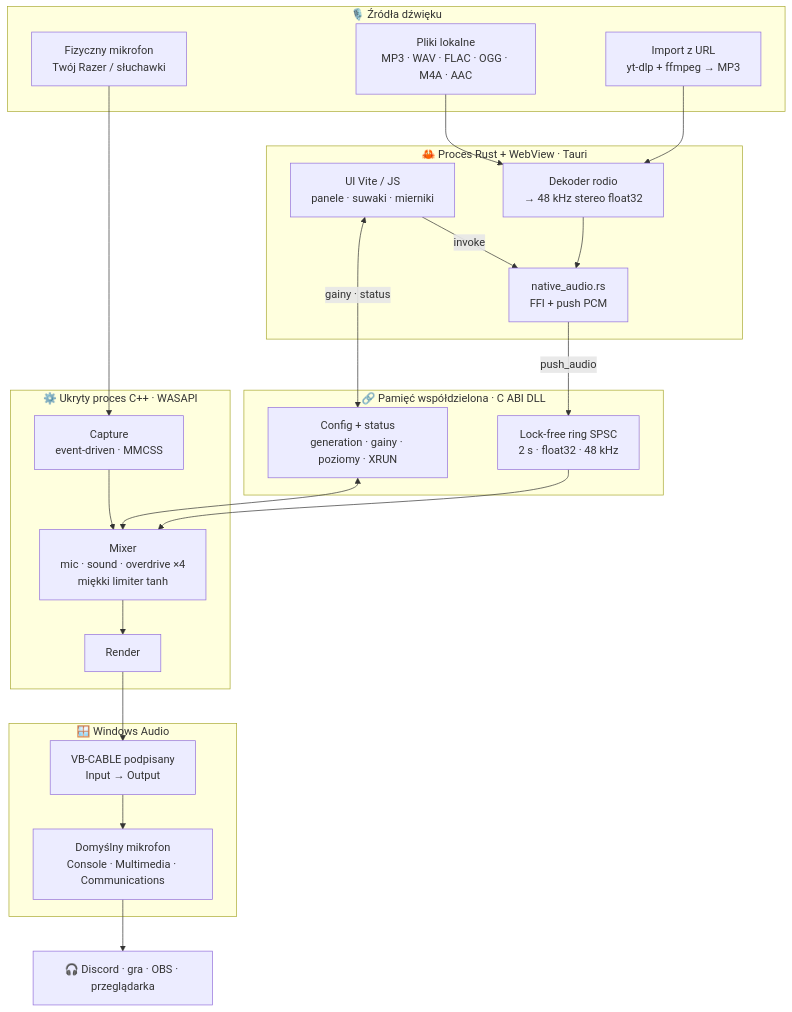
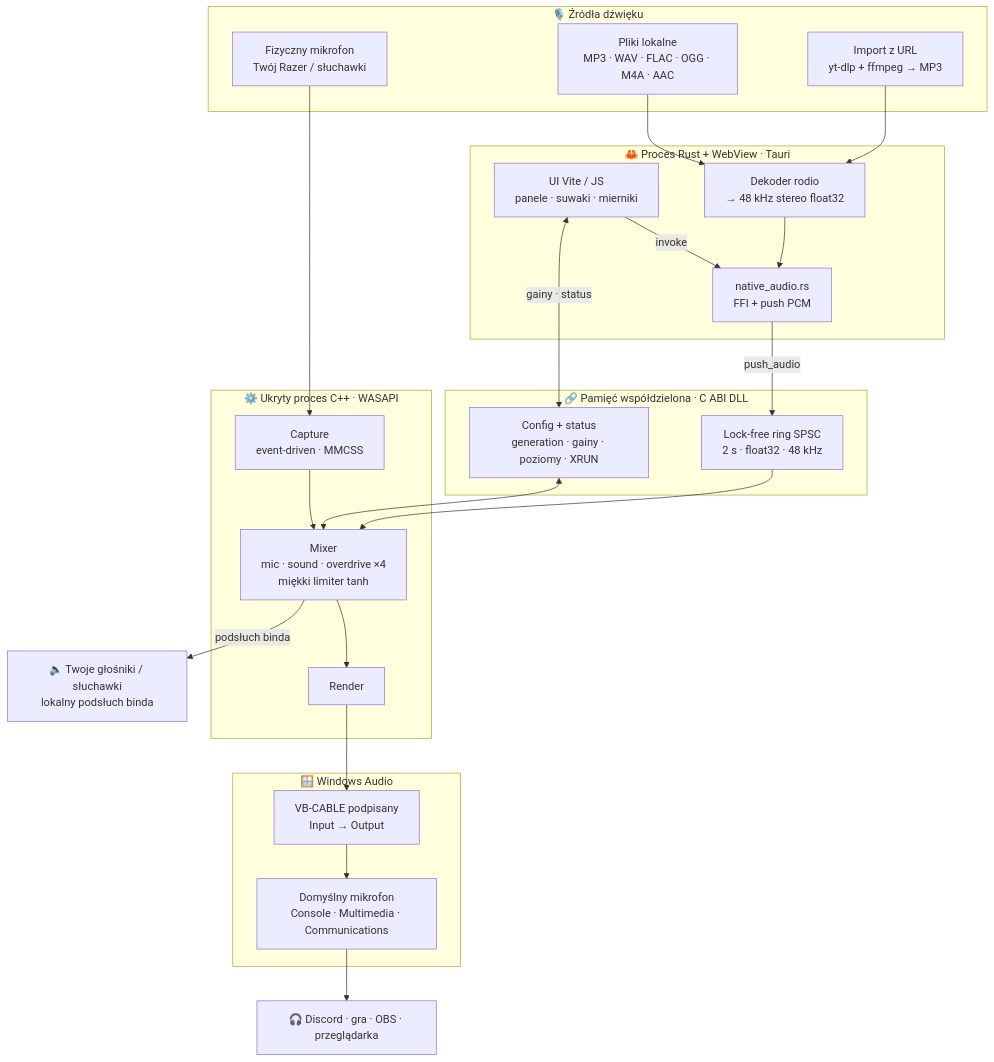
The diagram in README.md (3godzinyL/soundboard), drawn with Mermaid before and after one commit. The commit also changed other lines of this file and 6 other files, not shown here.

````diff
--- a/README.md
+++ b/README.md
@@ -63,47 +63,49 @@
 ```mermaid
 flowchart TB
     subgraph SRC["🎙️ Źródła dźwięku"]
         Mic["Fizyczny mikrofon<br/>Twój Razer / słuchawki"]
         Files["Pliki lokalne<br/>MP3 · WAV · FLAC · OGG · M4A · AAC"]
         URL["Import z URL<br/>yt-dlp + ffmpeg → MP3"]
     end
 
     subgraph RUST["🦀 Proces Rust + WebView · Tauri"]
         UI["UI Vite / JS<br/>panele · suwaki · mierniki"]
         Decode["Dekoder rodio<br/>→ 48 kHz stereo float32"]
         FFI["native_audio.rs<br/>FFI + push PCM"]
     end
 
     subgraph SHM["🔗 Pamięć współdzielona · C ABI DLL"]
         Ring["Lock-free ring SPSC<br/>2 s · float32 · 48 kHz"]
         Cfg["Config + status<br/>generation · gainy · poziomy · XRUN"]
     end
 
     subgraph CPP["⚙️ Ukryty proces C++ · WASAPI"]
         Cap["Capture<br/>event-driven · MMCSS"]
         Mix["Mixer<br/>mic · sound · overdrive ×4<br/>miękki limiter tanh"]
         Rend["Render"]
     end
 
     subgraph WIN["🪟 Windows Audio"]
         Cable["VB-CABLE podpisany<br/>Input → Output"]
         Default["Domyślny mikrofon<br/>Console · Multimedia · Communications"]
     end
 
     Apps["🎧 Discord · gra · OBS · przeglądarka"]
+    Monitor["🔈 Twoje głośniki / słuchawki<br/>lokalny podsłuch binda"]
 
     Mic --> Cap
     Files --> Decode
     URL --> Decode
     UI -->|invoke| FFI
     Decode --> FFI
     FFI -->|push_audio| Ring
     Ring --> Mix
     Cap --> Mix
     UI <-->|gainy · status| Cfg
     Cfg <--> Mix
     Mix --> Rend
     Rend --> Cable
     Cable --> Default
     Default --> Apps
+    Mix -->|podsłuch binda| Monitor
 ```
````
